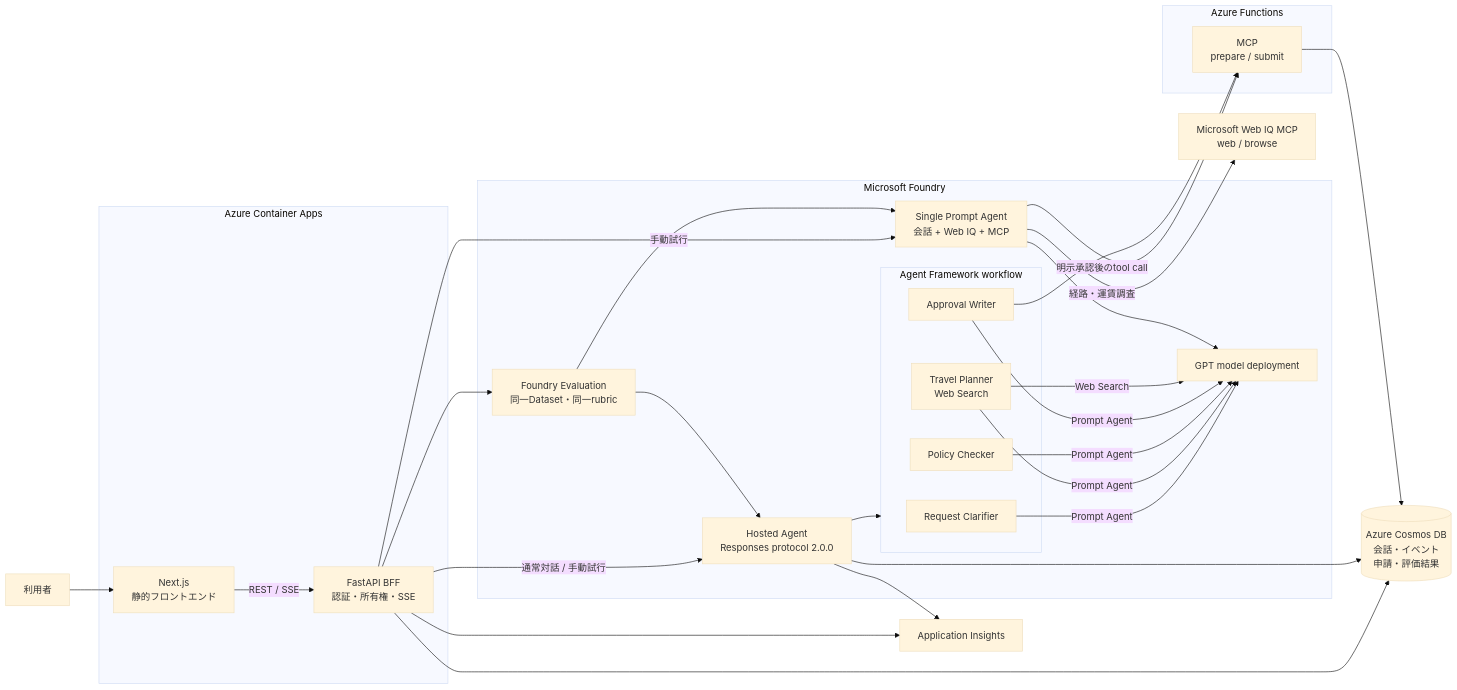
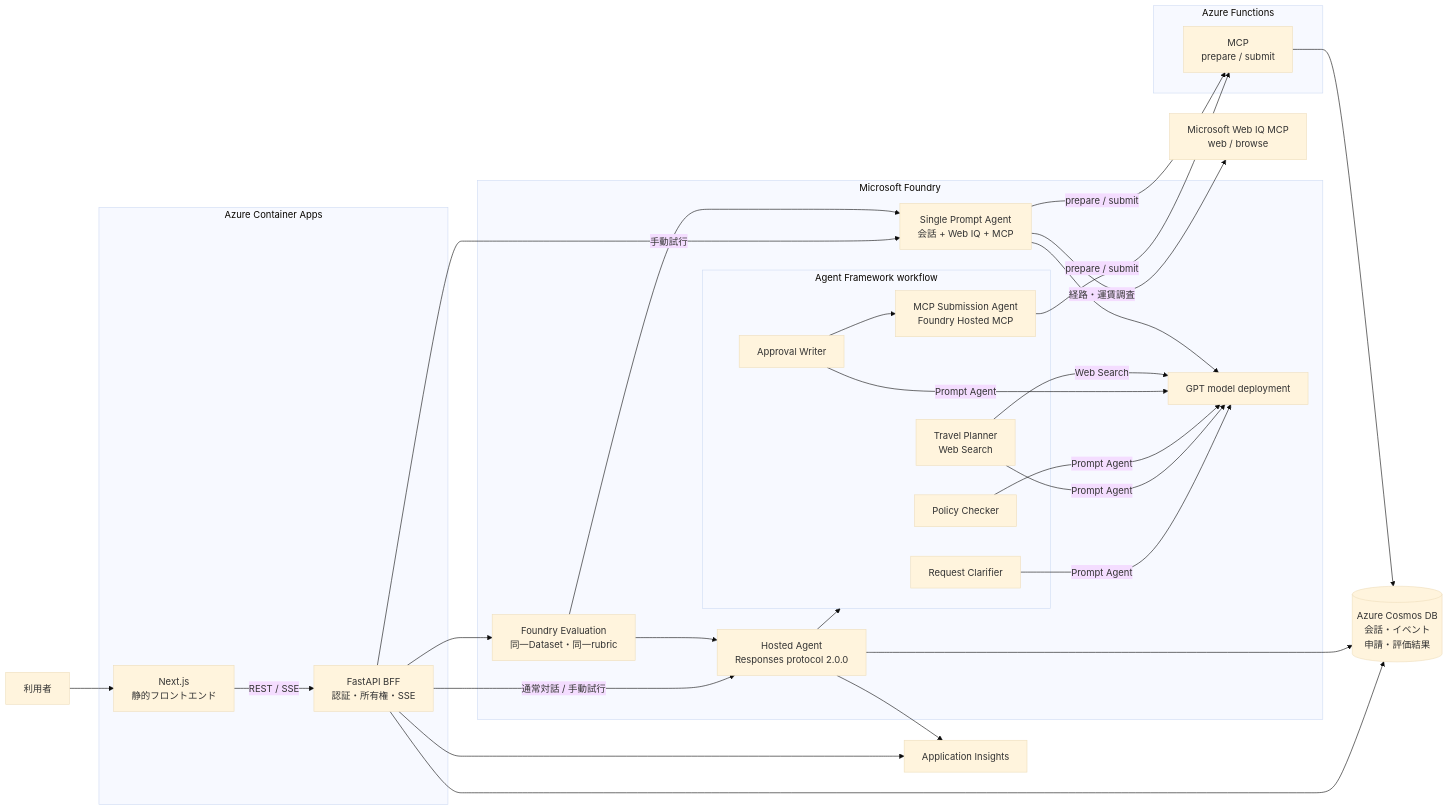
The first of 2 diagrams in README.md (teshi22/grobal_azure_demo), drawn with Mermaid (base theme) before and after one commit. The commit also changed other lines of this file and 40 other files, not shown here.

Commit message:
refactor: require native MCP approval for submission

````diff
--- a/README.md
+++ b/README.md
@@ -11,49 +11,51 @@
 ```mermaid
 flowchart LR
     User["利用者"]
 
     subgraph CA["Azure Container Apps"]
         Web["Next.js<br/>静的フロントエンド"]
         BFF["FastAPI BFF<br/>認証・所有権・SSE"]
     end
 
     subgraph Foundry["Microsoft Foundry"]
         Host["Hosted Agent<br/>Responses protocol 2.0.0"]
         subgraph AF["Agent Framework workflow"]
             Clarifier["Request Clarifier"]
             Planner["Travel Planner<br/>Web Search"]
             Policy["Policy Checker"]
             Writer["Approval Writer"]
+            Submitter["MCP Submission Agent<br/>Foundry Hosted MCP"]
         end
         Single["Single Prompt Agent<br/>会話 + Web IQ + MCP"]
         Evaluation["Foundry Evaluation<br/>同一Dataset・同一rubric"]
         Model["GPT model deployment"]
     end
 
     subgraph Function["Azure Functions"]
         MCP["MCP<br/>prepare / submit"]
     end
 
     WebIQ["Microsoft Web IQ MCP<br/>web / browse"]
     Cosmos[("Azure Cosmos DB<br/>会話・イベント<br/>申請・評価結果")]
     Insights["Application Insights"]
 
     User --> Web
     Web -->|"REST / SSE"| BFF
     BFF -->|"通常対話 / 手動試行"| Host
     BFF -->|"手動試行"| Single
     Host --> AF
     Clarifier & Planner & Policy & Writer -->|"Prompt Agent"| Model
     Planner -->|"Web Search"| Model
+    Writer --> Submitter
+    Submitter -->|"prepare / submit"| MCP
     BFF --> Evaluation
     Evaluation --> Host
     Evaluation --> Single
     Single --> Model
     Single -->|"経路・運賃調査"| WebIQ
-    Single -->|"明示承認後のtool call"| MCP
-    Writer --> MCP
+    Single -->|"prepare / submit"| MCP
     BFF --> Cosmos
     Host --> Cosmos
     MCP --> Cosmos
     BFF & Host --> Insights
 ```
````
